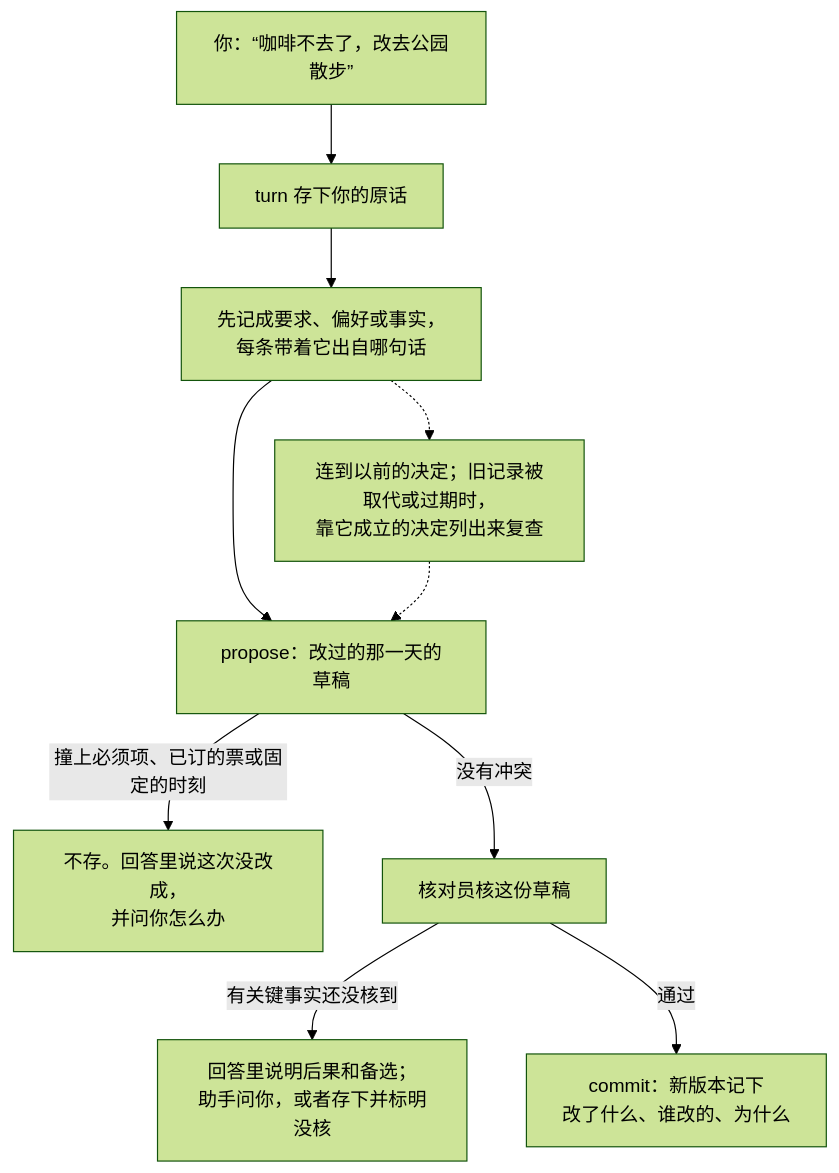
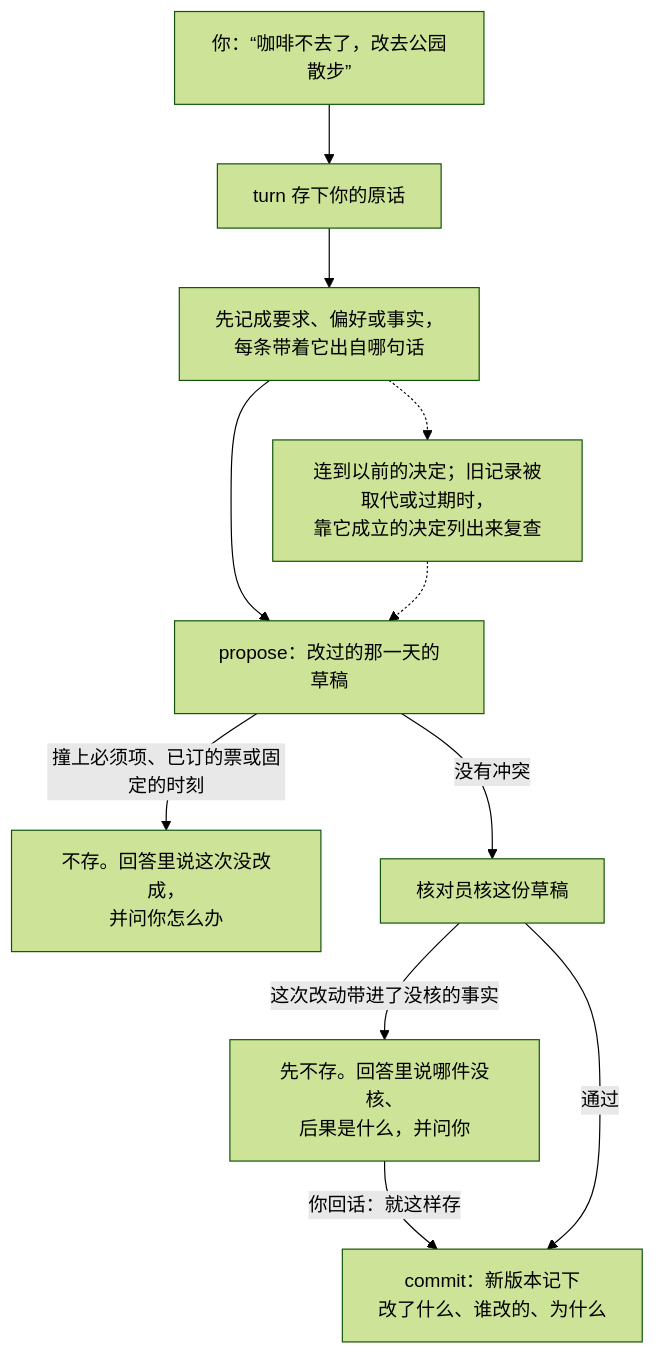
One commit to zlxdengtianhei/tripwright changed the second of 3 diagrams in README.zh-CN.md. Above: the diagram before and after it, drawn with Mermaid (forest theme). The commit also changed other lines of this file and 3 other files, not shown here.

````diff
--- a/README.zh-CN.md
+++ b/README.zh-CN.md
@@ -42,12 +42,12 @@
 ```mermaid
 flowchart TD
     A["你：“咖啡不去了，改去公园散步”"] --> B["turn 存下你的原话"]
     B --> C["先记成要求、偏好或事实，<br/>每条带着它出自哪句话"]
     C -.-> D["连到以前的决定；旧记录被取代或过期时，<br/>靠它成立的决定列出来复查"]
     C --> E["propose：改过的那一天的草稿"]
     D -.-> E
     E -->|"撞上必须项、已订的票或固定的时刻"| X["不存。回答里说这次没改成，<br/>并问你怎么办"]
     E -->|"没有冲突"| F["核对员核这份草稿"]
-    F -->|"有关键事实还没核到"| Y["回答里说明后果和备选；<br/>助手问你，或者存下并标明没核"]
+    F -->|"这次改动带进了没核的事实"| Y["先不存。回答里说哪件没核、<br/>后果是什么，并问你"] -->|"你回话：就这样存"| H
     F -->|"通过"| H["commit：新版本记下<br/>改了什么、谁改的、为什么"]
 ```
````
